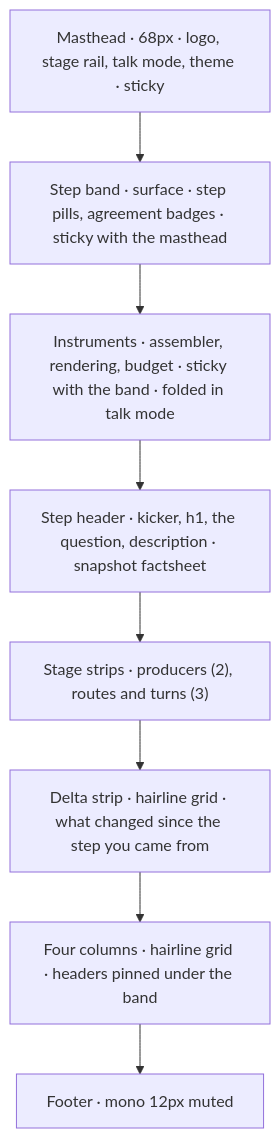
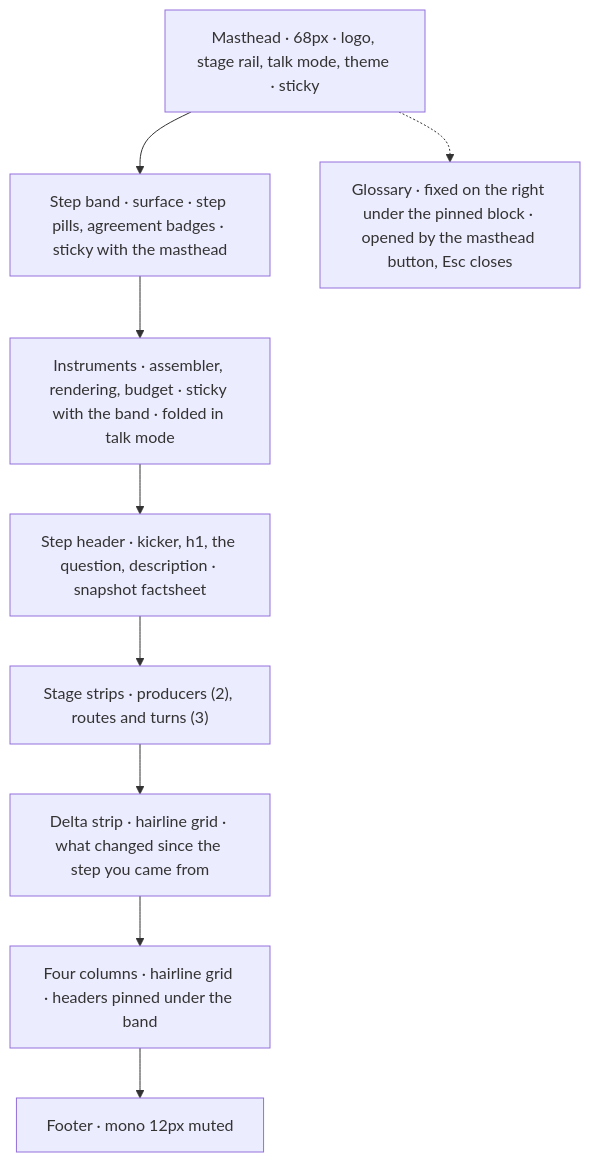
One commit to contextwindowarchitecture/assembler-demo changed the first of 2 diagrams in STYLE.md. Above: the diagram before and after it, drawn with Mermaid. The commit also changed other lines of this file and 12 other files, not shown here.

First line of the commit message:
feat(inspector): a glossary of the spec's and the demo's terms behind a masthead button

````diff
--- a/STYLE.md
+++ b/STYLE.md
@@ -229,12 +230,14 @@
 ```mermaid
 flowchart TB
   M["Masthead · 68px · logo, stage rail, talk mode, theme · sticky"]
   B["Step band · surface · step pills, agreement badges · sticky with the masthead"]
   I["Instruments · assembler, rendering, budget · sticky with the band · folded in talk mode"]
   S["Step header · kicker, h1, the question, description · snapshot factsheet"]
   X["Stage strips · producers (2), routes and turns (3)"]
   D["Delta strip · hairline grid · what changed since the step you came from"]
   C["Four columns · hairline grid · headers pinned under the band"]
   F["Footer · mono 12px muted"]
+  G["Glossary · fixed on the right under the pinned block · opened by the masthead button, Esc closes"]
   M --> B --> I --> S --> X --> D --> C --> F
+  M -.-> G
 ```
````
